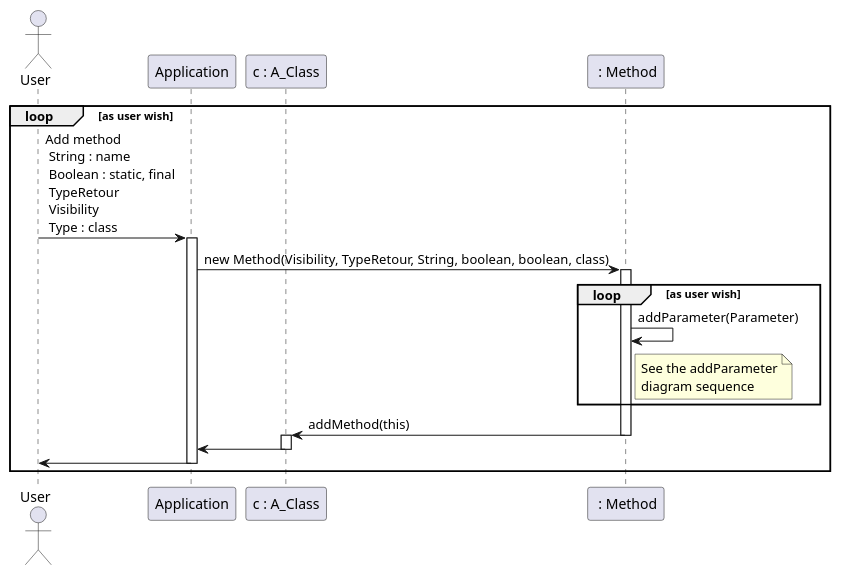
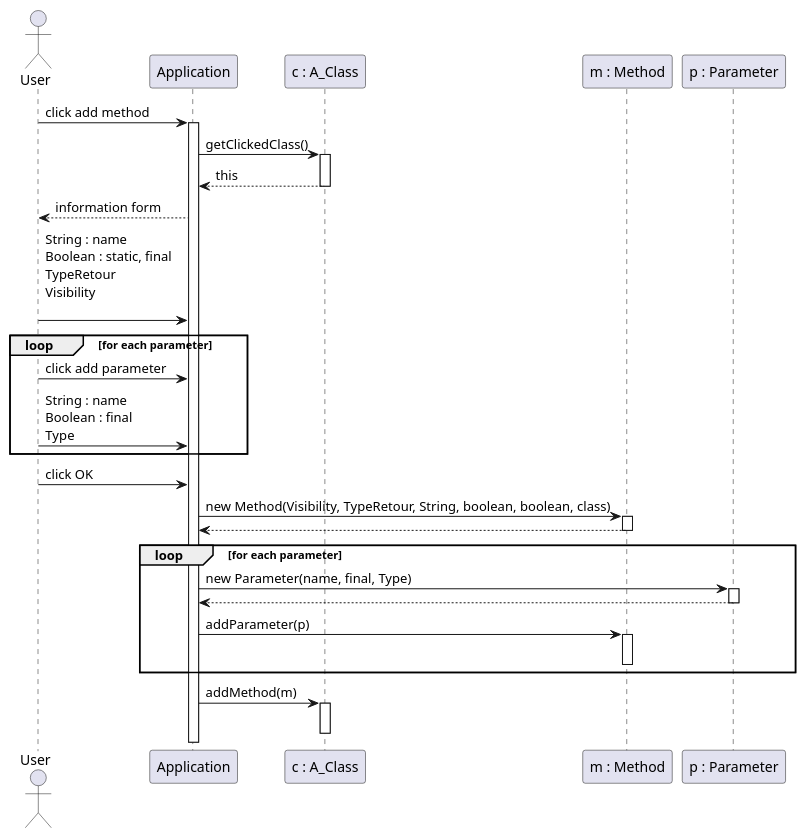
One commit to Phalexei/Modeleur changed the diagram in src/com/github/tomap/uml/conception/sequenceDiagrams/addMethod.puml. Above: the diagram before and after it, drawn with PlantUML. The commit also changed 8 other files, not shown here.

Commit message:
Travail des diagrammes de séquences de conception

```diff
--- a/src/com/github/tomap/uml/conception/sequenceDiagrams/addMethod.puml
+++ b/src/com/github/tomap/uml/conception/sequenceDiagrams/addMethod.puml
@@ -1,31 +1,45 @@
 @startuml
 
     actor User as u
     participant Application as a
     participant "c : A_Class" as c
-    participant " : Method" as m
+    participant "m : Method" as m
+    participant "p : Parameter" as p
 
-    loop as user wish
-    	u -> a: Add method\n String : name\n Boolean : static, final\n TypeRetour\n Visibility\n Type : class
-    	activate a
-    	a -> m: new Method(Visibility, TypeRetour, String, boolean, boolean, class)
-    	activate m
 
-    	loop as user wish
-    		m -> m: addParameter(Parameter)
-    		note right of m
-		    	See the addParameter
-		    	diagram sequence
-    		end note
-    	end
+     u -> a: click add method
+    activate a
 
-    	m -> c: addMethod(this)
-    	deactivate m
-    	activate c
-    	c -> a
-    	deactivate c
-    	a -> u
-    	deactivate a
+    a -> c: getClickedClass()
+    activate c
+
+    c --> a: this
+    deactivate c
+
+    a --> u: information form
+
+    u -> a: String : name\nBoolean : static, final\nTypeRetour\nVisibility\n
+    loop for each parameter
+        u -> a: click add parameter
+        u -> a: String : name\nBoolean : final\nType
     end
 
+    u -> a: click OK
+    a -> m: new Method(Visibility, TypeRetour, String, boolean, boolean, class)
+    activate m
+    m --> a
+    deactivate m
+    loop for each parameter
+        a -> p: new Parameter(name, final, Type)
+        activate p
+        p --> a
+        deactivate p
+        a -> m: addParameter(p)
+        activate m
+        deactivate m
+    end
+    deactivate m
+    a -> c: addMethod(m)
+    activate c
+    deactivate c
 @enduml
```
